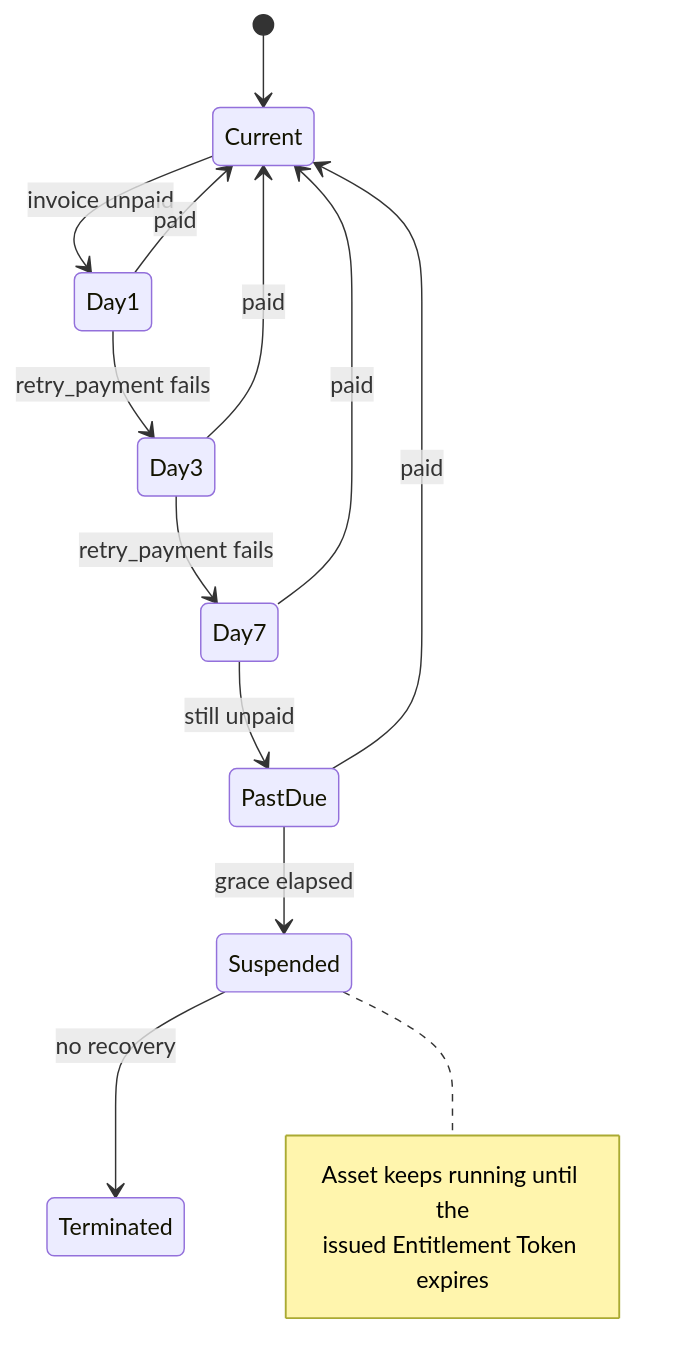
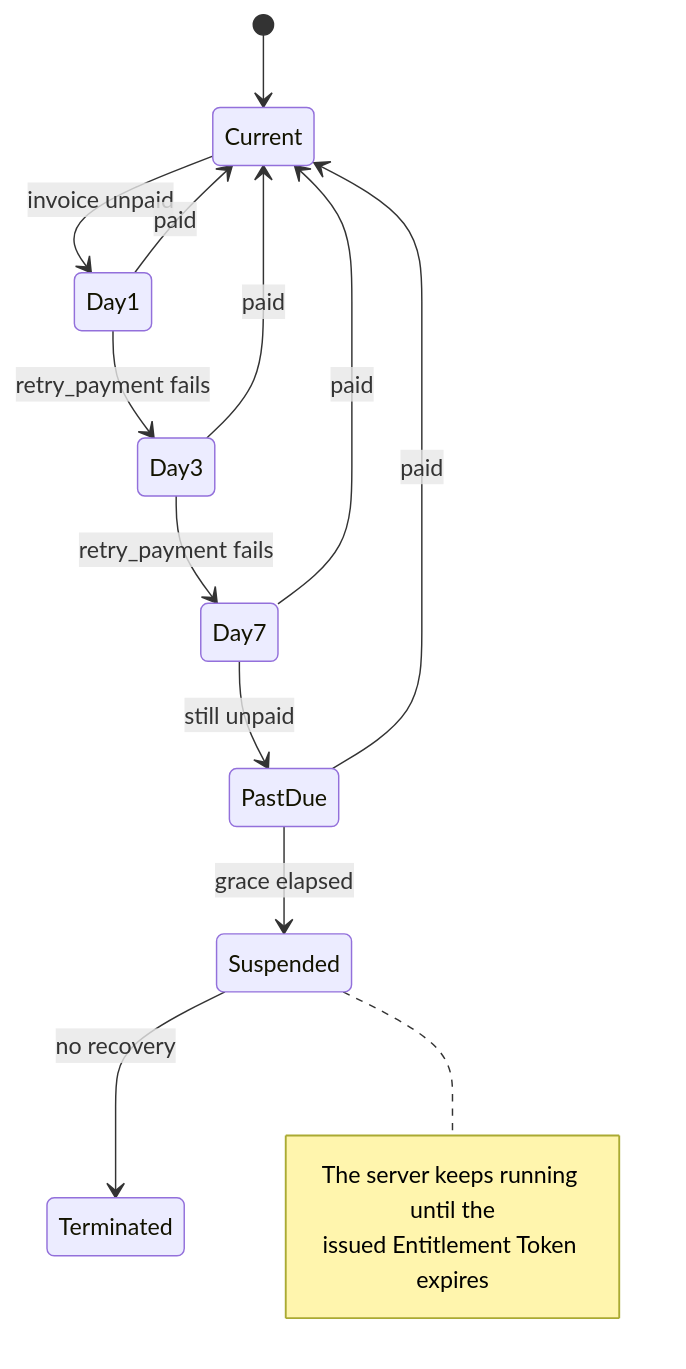
One commit to frappe/central changed the seventh of 8 diagrams in central/billing/ARCHITECTURE.md. Above: the diagram before and after it, drawn with Mermaid. The commit also changed other lines of this file and 4 other files, not shown here.

````diff
--- a/central/billing/ARCHITECTURE.md
+++ b/central/billing/ARCHITECTURE.md
@@ -481,18 +488,18 @@
 ```mermaid
 stateDiagram-v2
     [*] --> Current
     Current --> Day1: invoice unpaid
     Day1 --> Day3: retry_payment fails
     Day3 --> Day7: retry_payment fails
     Day7 --> PastDue: still unpaid
     PastDue --> Suspended: grace elapsed
     Suspended --> Terminated: no recovery
     Day1 --> Current: paid
     Day3 --> Current: paid
     Day7 --> Current: paid
     PastDue --> Current: paid
     note right of Suspended
-        Asset keeps running until the
+        The server keeps running until the
         issued Entitlement Token expires
     end note
 ```
````
